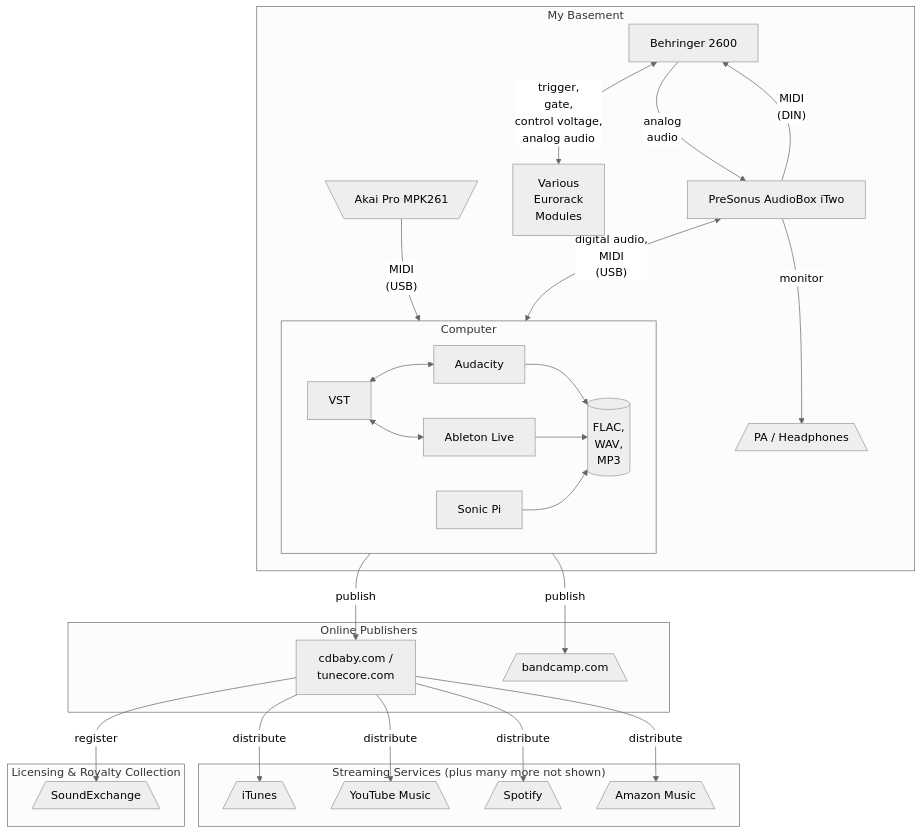
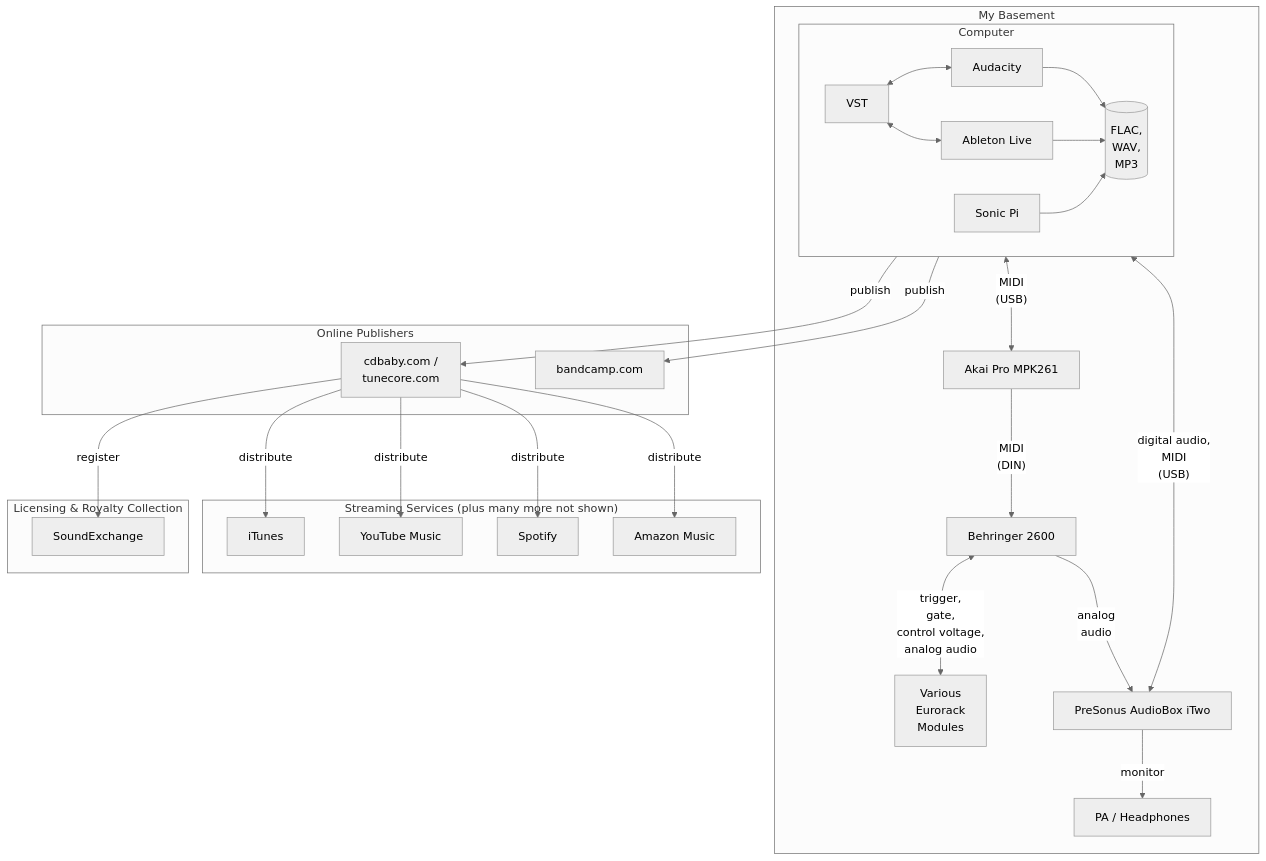
Before and after one commit to parasaurolophus/rader.us: the diagram in src/music/today.md, drawn with Mermaid (neutral theme).

Commit message:
Improve diagram in today.md

````diff
--- a/src/music/today.md
+++ b/src/music/today.md
@@ -8,57 +8,57 @@
 ```mermaid
 graph TB
 
         subgraph "My Basement"
 
-            keyboard[\"Akai Pro MPK261"/]
+            keyboard["Akai Pro MPK261"]
             b2600["Behringer 2600"]
 
             eurorack["Various\nEurorack\nModules"]
 
             adc["PreSonus AudioBox iTwo"]
 
             subgraph computer["Computer"]
                 audacity["Audacity"]
                 ableton["Ableton Live"]
                 sonicpi["Sonic Pi"]
                 plugins["VST"]
                 flac[("FLAC,\nWAV,\nMP3")]
                 plugins <--> audacity --> flac
                 plugins <--> ableton --> flac
                 sonicpi --> flac
             end
 
-            monitor[/"PA / Headphones"\]
+            monitor["PA / Headphones"]
 
         end
 
         subgraph cloud["Online Publishers"]
             cdbaby["cdbaby.com /\ntunecore.com"]
-            bandcamp[/"bandcamp.com"\]
+            bandcamp["bandcamp.com"]
         end
 
         subgraph "Streaming Services (plus many more not shown)"
-            itunes[/"iTunes"\]
-            youtube[/"YouTube Music"\]
-            spotify[/"Spotify"\]
-            amazon[/"Amazon Music"\]
+            itunes["iTunes"]
+            youtube["YouTube Music"]
+            spotify["Spotify"]
+            amazon["Amazon Music"]
         end
 
         subgraph "Licensing & Royalty Collection"
-            soundexchange[/"SoundExchange"\]
+            soundexchange["SoundExchange"]
         end
 
-        adc -- "MIDI\n(DIN)" --> b2600
-        keyboard -- "MIDI\n(USB)" --> computer
+        keyboard -- "MIDI\n(DIN)" --> b2600
         b2600 <-- "trigger,\ngate,\ncontrol voltage,\nanalog audio" --> eurorack
         b2600 -- "analog\naudio" --> adc
         adc <-- "digital audio,\nMIDI\n(USB)" --> computer
         adc -- "monitor" --> monitor
+        computer <-- "MIDI\n(USB)" --> keyboard
         computer -- "publish" --> cdbaby
         computer -- "publish" --> bandcamp
         cdbaby -- "distribute" --> itunes
         cdbaby -- "distribute" --> youtube
         cdbaby -- "distribute" --> spotify
         cdbaby -- "distribute" --> amazon
         cdbaby -- "register" --> soundexchange
 ```
````
